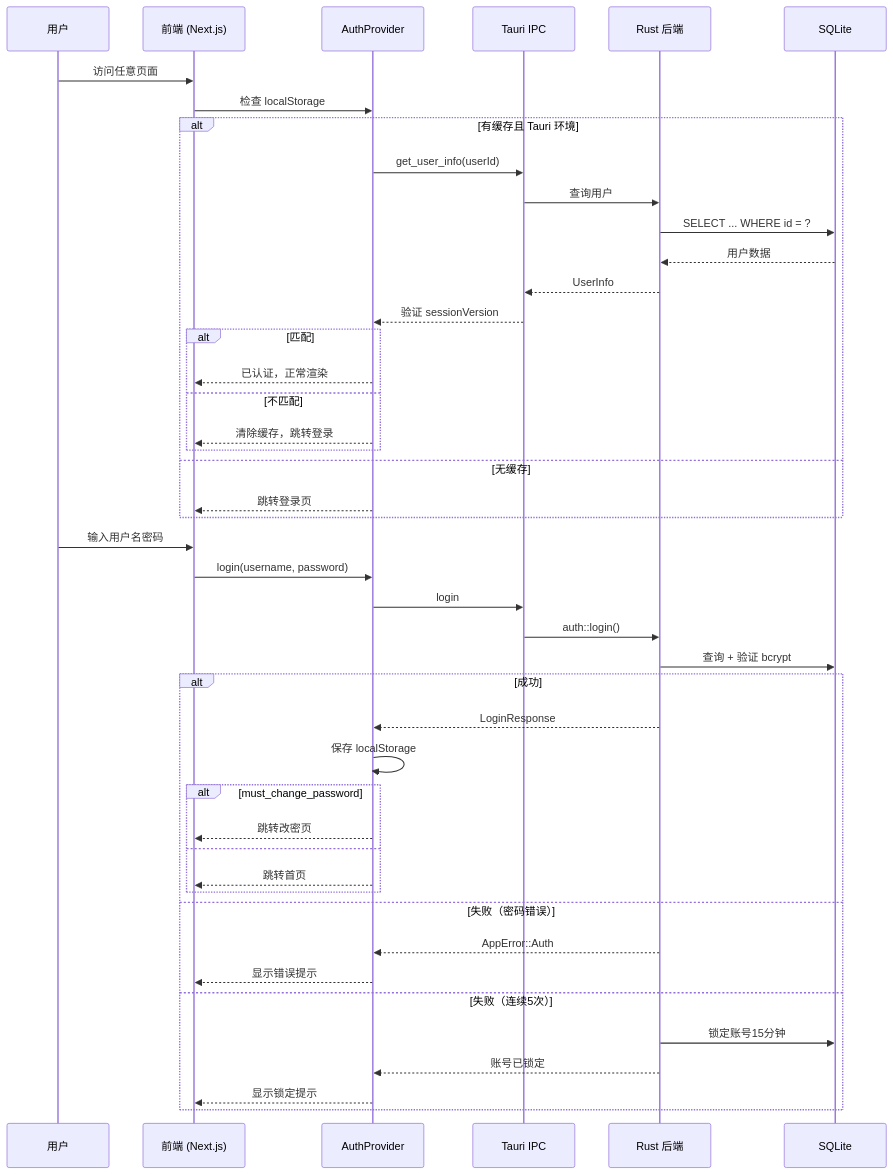
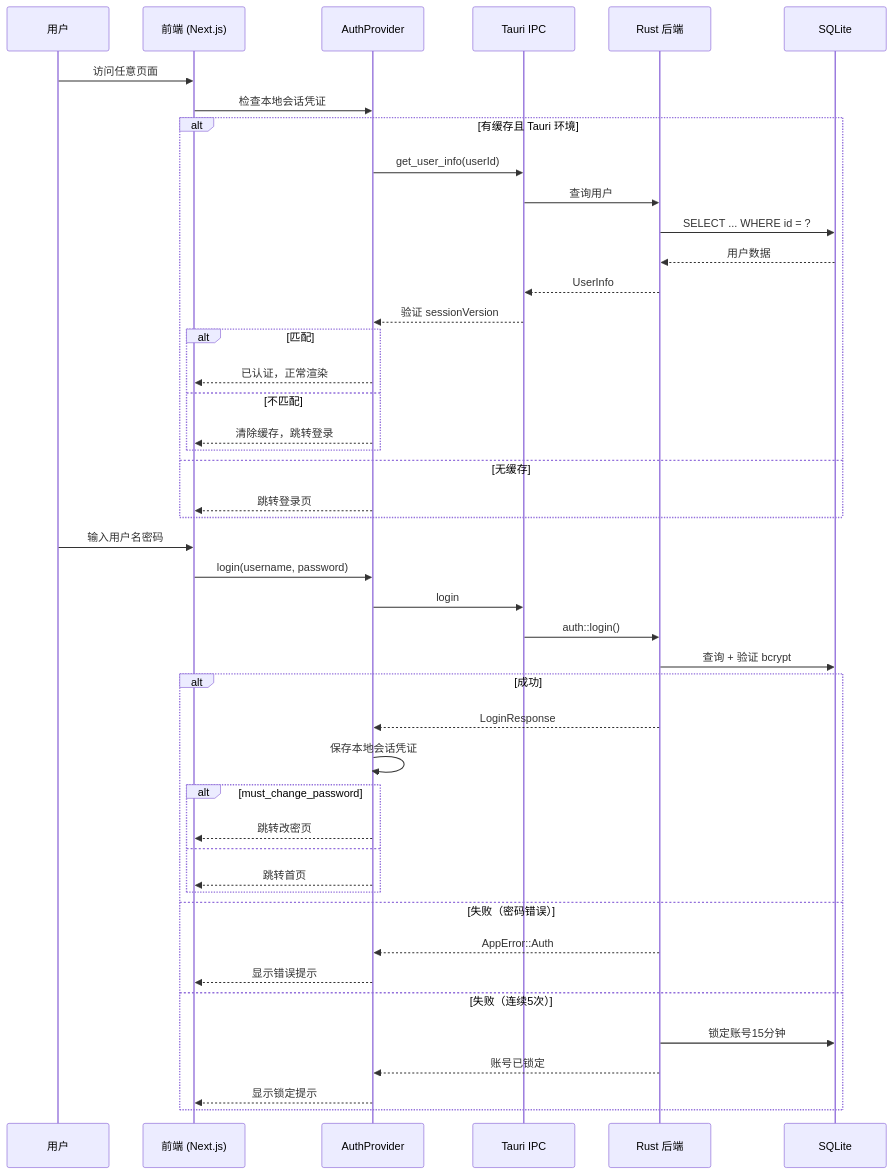
One commit to kurisu994/CloudPivot changed the second of 2 diagrams in README.md. Above: the diagram before and after it, drawn with Mermaid. The commit also changed other lines of this file and 5 other files, not shown here.

````diff
--- a/README.md
+++ b/README.md
@@ -78,49 +78,49 @@
 ```mermaid
 sequenceDiagram
     participant U as 用户
     participant FE as 前端 (Next.js)
     participant AP as AuthProvider
     participant IPC as Tauri IPC
     participant RS as Rust 后端
     participant DB as SQLite
 
     U->>FE: 访问任意页面
-    FE->>AP: 检查 localStorage
+    FE->>AP: 检查本地会话凭证
     alt 有缓存且 Tauri 环境
         AP->>IPC: get_user_info(userId)
         IPC->>RS: 查询用户
         RS->>DB: SELECT ... WHERE id = ?
         DB-->>RS: 用户数据
         RS-->>IPC: UserInfo
         IPC-->>AP: 验证 sessionVersion
         alt 匹配
             AP-->>FE: 已认证，正常渲染
         else 不匹配
             AP-->>FE: 清除缓存，跳转登录
         end
     else 无缓存
         AP-->>FE: 跳转登录页
     end
 
     U->>FE: 输入用户名密码
     FE->>AP: login(username, password)
     AP->>IPC: login
     IPC->>RS: auth::login()
     RS->>DB: 查询 + 验证 bcrypt
     alt 成功
         RS-->>AP: LoginResponse
-        AP->>AP: 保存 localStorage
+        AP->>AP: 保存本地会话凭证
         alt must_change_password
             AP-->>FE: 跳转改密页
         else
             AP-->>FE: 跳转首页
         end
     else 失败（密码错误）
         RS-->>AP: AppError::Auth
         AP-->>FE: 显示错误提示
     else 失败（连续5次）
         RS->>DB: 锁定账号15分钟
         RS-->>AP: 账号已锁定
         AP-->>FE: 显示锁定提示
     end
 ```
````
